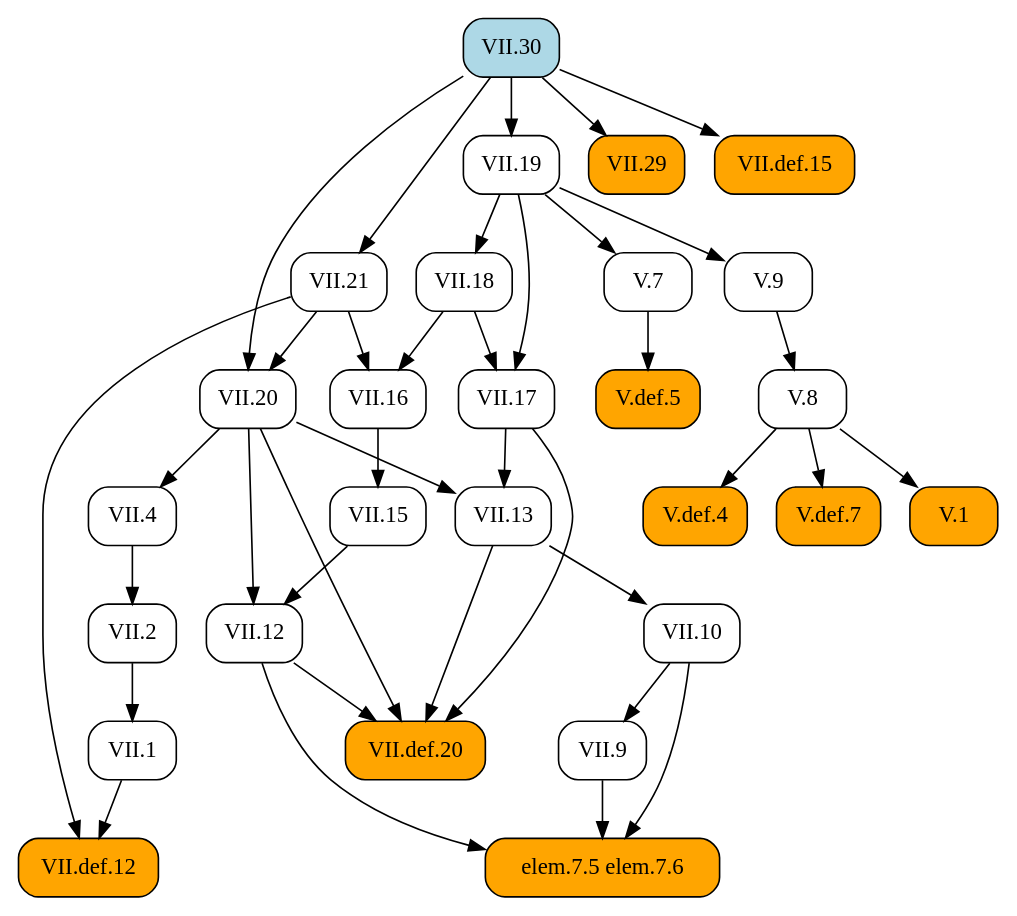
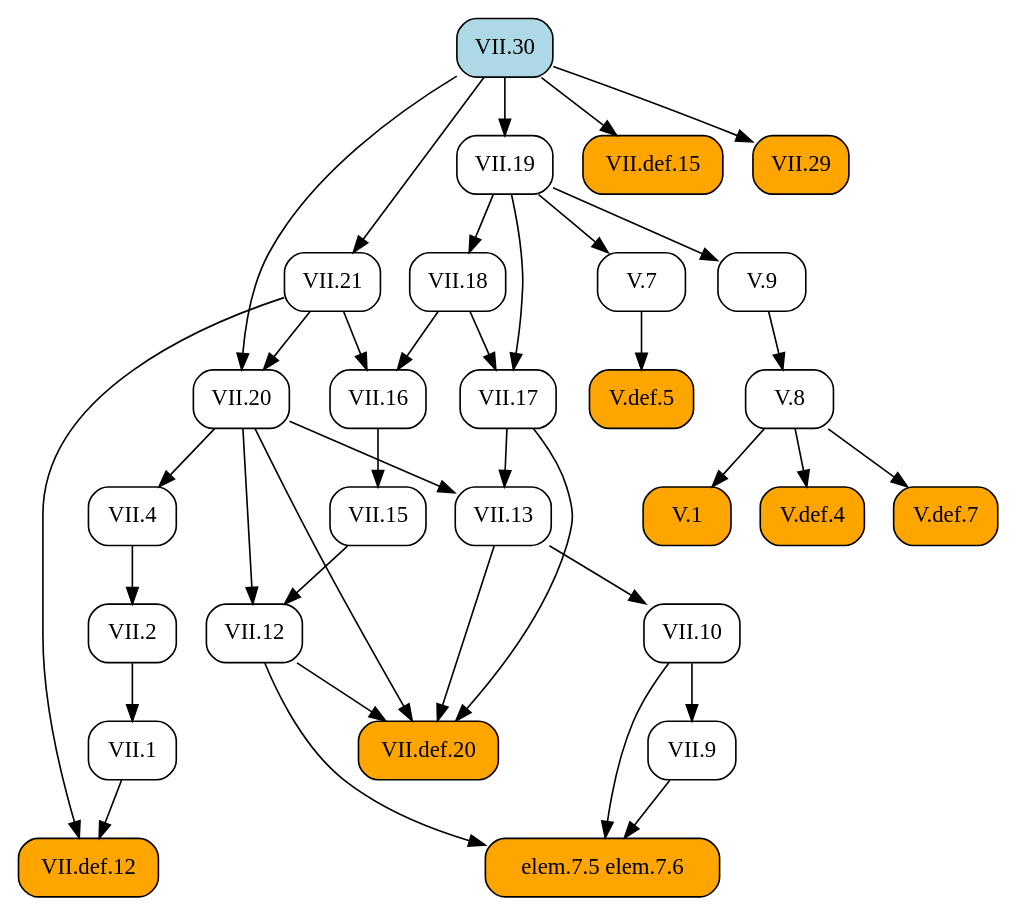
One commit to geometor/elements changed the diagram in docsrc/heath/VII/30/index.rst. Above: the diagram before and after it, drawn with Graphviz. The commit also changed other lines of this file and 1029 other files, not shown here.

```diff
--- a/docsrc/heath/VII/30/index.rst
+++ b/docsrc/heath/VII/30/index.rst
@@ -42,70 +42,70 @@
 .. graphviz::
 
    digraph {
      rankdir="TB";
      node [shape=box, style=rounded];
+     "VII.def.12" [style="rounded,filled", fillcolor=orange, URL="/heath/VII/def.12/", target="_top"];
+     "V.8" [URL="/heath/V/8/", target="_top"];
+     "VII.1" [URL="/heath/VII/1/", target="_top"];
+     "VII.10" [URL="/heath/VII/10/", target="_top"];
+     "VII.30" [style="rounded,filled", fillcolor=lightblue, URL="/heath/VII/30/", target="_top"];
+     "VII.9" [URL="/heath/VII/9/", target="_top"];
+     "VII.def.15" [style="rounded,filled", fillcolor=orange, URL="/heath/VII/def.15/", target="_top"];
+     "V.def.5" [style="rounded,filled", fillcolor=orange, URL="/heath/V/def.5/", target="_top"];
+     "VII.19" [URL="/heath/VII/19/", target="_top"];
+     "VII.18" [URL="/heath/VII/18/", target="_top"];
+     "VII.29" [style="rounded,filled", fillcolor=orange, URL="/heath/VII/29/", target="_top"];
+     "VII.16" [URL="/heath/VII/16/", target="_top"];
+     "VII.4" [URL="/heath/VII/4/", target="_top"];
+     "VII.21" [URL="/heath/VII/21/", target="_top"];
      "V.1" [style="rounded,filled", fillcolor=orange, URL="/heath/V/1/", target="_top"];
+     "VII.17" [URL="/heath/VII/17/", target="_top"];
+     "elem.7.5 elem.7.6" [style="rounded,filled", fillcolor=orange];
      "VII.20" [URL="/heath/VII/20/", target="_top"];
-     "VII.29" [style="rounded,filled", fillcolor=orange, URL="/heath/VII/29/", target="_top"];
+     "V.7" [URL="/heath/V/7/", target="_top"];
+     "V.9" [URL="/heath/V/9/", target="_top"];
+     "V.def.4" [style="rounded,filled", fillcolor=orange, URL="/heath/V/def.4/", target="_top"];
+     "VII.13" [URL="/heath/VII/13/", target="_top"];
+     "VII.2" [URL="/heath/VII/2/", target="_top"];
+     "V.def.7" [style="rounded,filled", fillcolor=orange, URL="/heath/V/def.7/", target="_top"];
      "VII.12" [URL="/heath/VII/12/", target="_top"];
-     "VII.9" [URL="/heath/VII/9/", target="_top"];
-     "VII.16" [URL="/heath/VII/16/", target="_top"];
-     "VII.13" [URL="/heath/VII/13/", target="_top"];
-     "V.def.4" [style="rounded,filled", fillcolor=orange, URL="/heath/V/def.4/", target="_top"];
-     "VII.def.15" [style="rounded,filled", fillcolor=orange, URL="/heath/VII/def.15/", target="_top"];
-     "VII.18" [URL="/heath/VII/18/", target="_top"];
-     "V.8" [URL="/heath/V/8/", target="_top"];
-     "VII.21" [URL="/heath/VII/21/", target="_top"];
-     "V.7" [URL="/heath/V/7/", target="_top"];
-     "VII.19" [URL="/heath/VII/19/", target="_top"];
-     "VII.def.12" [style="rounded,filled", fillcolor=orange, URL="/heath/VII/def.12/", target="_top"];
      "VII.15" [URL="/heath/VII/15/", target="_top"];
-     "VII.4" [URL="/heath/VII/4/", target="_top"];
-     "V.9" [URL="/heath/V/9/", target="_top"];
-     "VII.2" [URL="/heath/VII/2/", target="_top"];
      "VII.def.20" [style="rounded,filled", fillcolor=orange, URL="/heath/VII/def.20/", target="_top"];
-     "elem.7.5 elem.7.6" [style="rounded,filled", fillcolor=orange];
-     "VII.1" [URL="/heath/VII/1/", target="_top"];
-     "VII.30" [style="rounded,filled", fillcolor=lightblue, URL="/heath/VII/30/", target="_top"];
-     "VII.10" [URL="/heath/VII/10/", target="_top"];
-     "V.def.7" [style="rounded,filled", fillcolor=orange, URL="/heath/V/def.7/", target="_top"];
-     "V.def.5" [style="rounded,filled", fillcolor=orange, URL="/heath/V/def.5/", target="_top"];
-     "VII.17" [URL="/heath/VII/17/", target="_top"];
+     "VII.1" -> "VII.def.12";
+     "VII.21" -> "VII.def.12";
+     "V.9" -> "V.8";
+     "VII.2" -> "VII.1";
+     "VII.13" -> "VII.10";
+     "VII.10" -> "VII.9";
+     "VII.30" -> "VII.def.15";
+     "V.7" -> "V.def.5";
+     "VII.30" -> "VII.19";
+     "VII.19" -> "VII.18";
+     "VII.30" -> "VII.29";
+     "VII.18" -> "VII.16";
+     "VII.21" -> "VII.16";
+     "VII.20" -> "VII.4";
+     "VII.30" -> "VII.21";
      "V.8" -> "V.1";
+     "VII.18" -> "VII.17";
+     "VII.19" -> "VII.17";
+     "VII.9" -> "elem.7.5 elem.7.6";
+     "VII.10" -> "elem.7.5 elem.7.6";
+     "VII.12" -> "elem.7.5 elem.7.6";
      "VII.21" -> "VII.20";
      "VII.30" -> "VII.20";
-     "VII.30" -> "VII.29";
+     "VII.19" -> "V.7";
+     "VII.19" -> "V.9";
+     "V.8" -> "V.def.4";
+     "VII.17" -> "VII.13";
+     "VII.20" -> "VII.13";
+     "VII.4" -> "VII.2";
+     "V.8" -> "V.def.7";
      "VII.15" -> "VII.12";
      "VII.20" -> "VII.12";
-     "VII.10" -> "VII.9";
-     "VII.18" -> "VII.16";
-     "VII.21" -> "VII.16";
-     "VII.17" -> "VII.13";
-     "VII.20" -> "VII.13";
-     "V.8" -> "V.def.4";
-     "VII.30" -> "VII.def.15";
-     "VII.19" -> "VII.18";
-     "V.9" -> "V.8";
-     "VII.30" -> "VII.21";
-     "VII.19" -> "V.7";
-     "VII.30" -> "VII.19";
-     "VII.1" -> "VII.def.12";
-     "VII.21" -> "VII.def.12";
      "VII.16" -> "VII.15";
-     "VII.20" -> "VII.4";
-     "VII.19" -> "V.9";
-     "VII.4" -> "VII.2";
      "VII.12" -> "VII.def.20";
      "VII.13" -> "VII.def.20";
      "VII.17" -> "VII.def.20";
      "VII.20" -> "VII.def.20";
-     "VII.9" -> "elem.7.5 elem.7.6";
-     "VII.10" -> "elem.7.5 elem.7.6";
-     "VII.12" -> "elem.7.5 elem.7.6";
-     "VII.2" -> "VII.1";
-     "VII.13" -> "VII.10";
-     "V.8" -> "V.def.7";
-     "V.7" -> "V.def.5";
-     "VII.18" -> "VII.17";
-     "VII.19" -> "VII.17";
    }
```
